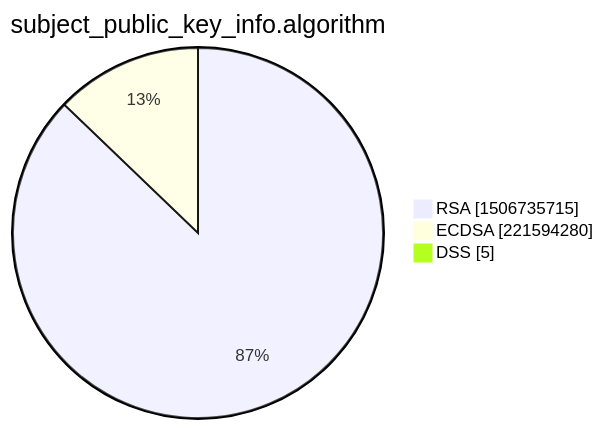
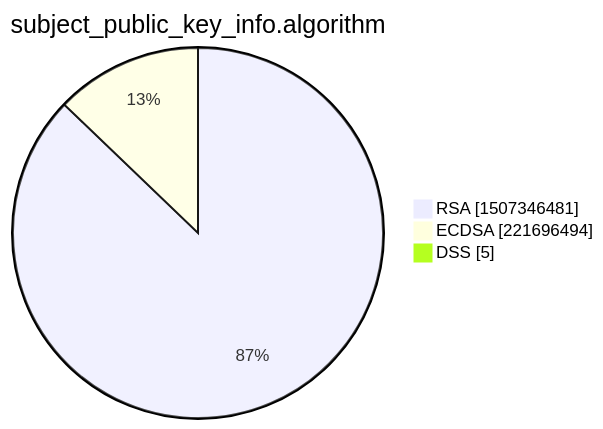
The third of 15 diagrams in xenon2022/README.md (christiankrug/ctmonitor_visualization), drawn with Mermaid before and after one commit. The commit also changed other lines of this file, not shown here.

````diff
--- a/xenon2022/README.md
+++ b/xenon2022/README.md
@@ -14,7 +14,7 @@
 ```mermaid
 pie showData
 title subject_public_key_info.algorithm
-"RSA" :1506735715
-"ECDSA" :221594280
+"RSA" :1507346481
+"ECDSA" :221696494
 "DSS" :5
 ```
````
